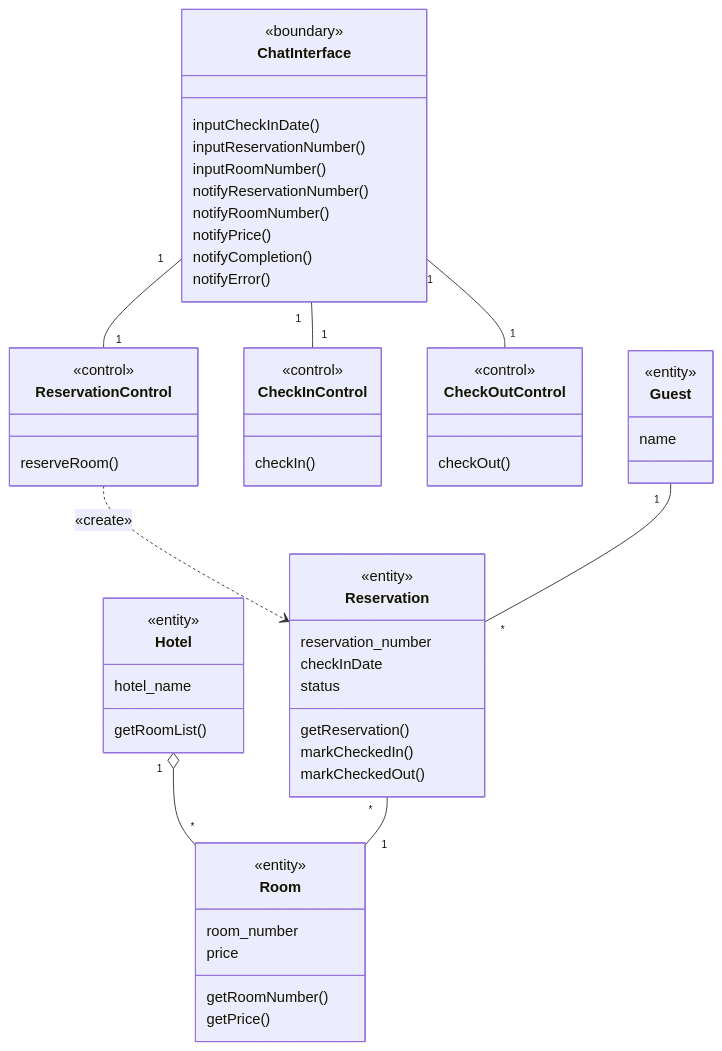
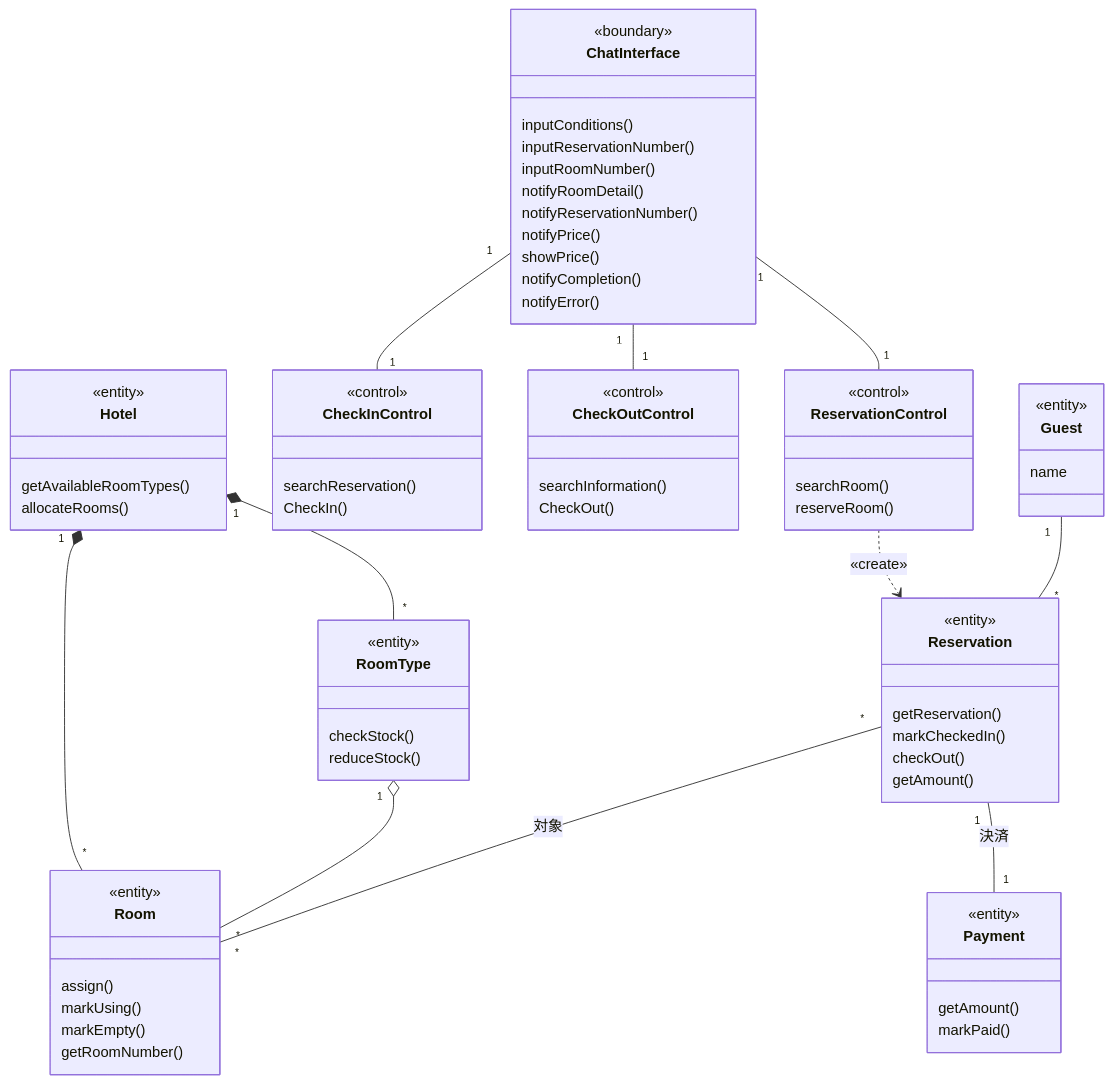
The fourth of 4 diagrams in System_Analysis.md (Kohki-tyl/HRS), drawn with Mermaid before and after one commit. The commit also changed other lines of this file and 1 other file, not shown here.

Commit message:
-シーケンス図をmermaidで作成 -Reservationとroomの関連に合わせてコミュニケーション図を書き換え -クラス図を編集完了

````diff
--- a/System_Analysis.md
+++ b/System_Analysis.md
@@ -156,61 +165,79 @@
 ```mermaid
 classDiagram
     class ChatInterface {
         <<boundary>>
-        inputCheckInDate()
+        inputConditions()
         inputReservationNumber()
         inputRoomNumber()
+        notifyRoomDetail()
         notifyReservationNumber()
-        notifyRoomNumber()
         notifyPrice()
+        showPrice()
         notifyCompletion()
         notifyError()
     }
     class ReservationControl {
         <<control>>
+        searchRoom()
         reserveRoom()
     }
     class CheckInControl {
         <<control>>
-        checkIn()
+        searchReservation()
+        CheckIn()
     }
     class CheckOutControl {
         <<control>>
-        checkOut()
+        searchInformation()
+        CheckOut()
     }
     class Guest {
         <<entity>>
         name
     }
-    class Reservation {
+    class Hotel {
         <<entity>>
-        reservation_number
-        checkInDate
-        status
-        getReservation()
-        markCheckedIn()
-        markCheckedOut()
+        getAvailableRoomTypes()
+        allocateRooms()
+    }
+    class RoomType {
+        <<entity>>
+        checkStock()
+        reduceStock()
     }
     class Room {
         <<entity>>
-        room_number
-        price
+        assign()
+        markUsing()
+        markEmpty()
         getRoomNumber()
-        getPrice()
     }
-    class Hotel {
+    class Reservation {
         <<entity>>
-        hotel_name
-        getRoomList()
+        getReservation()
+        markCheckedIn()
+        checkOut()
+        getAmount()
+    }
+    class Payment {
+        <<entity>>
+        getAmount()
+        markPaid()
     }
 
+    %% バウンダリとコントロールの関連
     ChatInterface "1" -- "1" ReservationControl
     ChatInterface "1" -- "1" CheckInControl
     ChatInterface "1" -- "1" CheckOutControl
 
+    %% コントロールからの生成
     ReservationControl ..> Reservation : «create»
 
-    Hotel "1" o-- "*" Room
+    %% エンティティ間の関連 (概念モデル準拠)
+    Hotel "1" *-- "*" RoomType
+    Hotel "1" *-- "*" Room
+    RoomType "1" o-- "*" Room
     Guest "1" -- "*" Reservation
-    Reservation "*" -- "1" Room
+    Reservation "*" -- "*" Room : 対象
+    Reservation "1" -- "1" Payment : 決済
 ```
````
